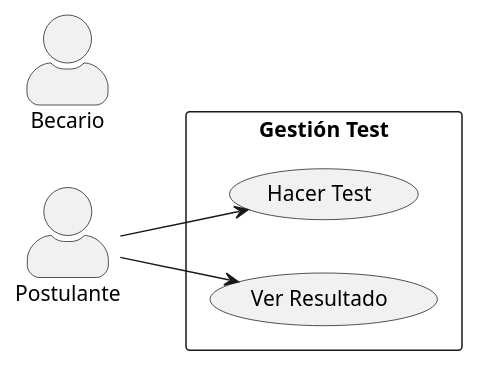
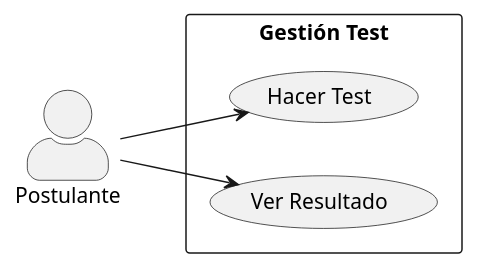
The diagram in casos_de_uso/diagramas_casos_de_uso/gestion_test.puml (Dievex/24-25-IdSw1-SDR), drawn with PlantUML before and after one commit.

Commit message:
refactor(diagrams): remove Becario actor from test management diagram

```diff
--- a/casos_de_uso/diagramas_casos_de_uso/gestion_test.puml
+++ b/casos_de_uso/diagramas_casos_de_uso/gestion_test.puml
@@ -1,15 +1,14 @@
 @startuml
 skinparam actorStyle awesome
 left to right direction
 actor "Postulante" as Postulante
-actor "Becario" as Becario
 
 rectangle "Gestión Test" {
   usecase "Hacer Test" as HacerTest
   usecase "Ver Resultado" as VerResultados
   
 }
 
 Postulante --> HacerTest
 Postulante --> VerResultados
 @enduml
```
